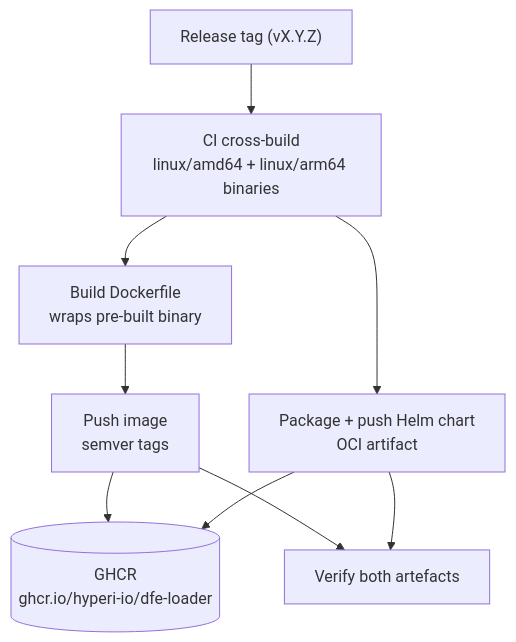
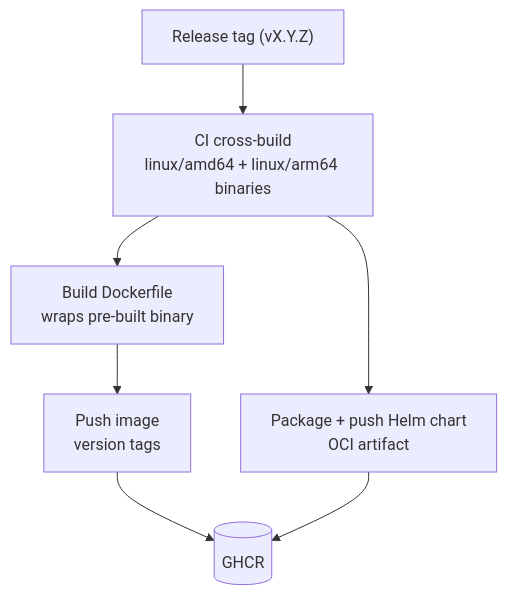
The diagram in docs/deployment/PUBLISHING.md (hyperi-io/dfe-loader), drawn with Mermaid before and after one commit. The commit also changed other lines of this file and 10 other files, not shown here.

````diff
--- a/docs/deployment/PUBLISHING.md
+++ b/docs/deployment/PUBLISHING.md
@@ -25,15 +22,12 @@
 ```mermaid
 flowchart TB
     REL["Release tag (vX.Y.Z)"]
     BIN["CI cross-build<br/>linux/amd64 + linux/arm64 binaries"]
     DOCK["Build Dockerfile<br/>wraps pre-built binary"]
-    PUSH["Push image<br/>semver tags"]
+    PUSH["Push image<br/>version tags"]
     HELM["Package + push Helm chart<br/>OCI artifact"]
-    VER["Verify both artefacts"]
-    REG[("GHCR<br/>ghcr.io/hyperi-io/dfe-loader")]
+    REG[("GHCR")]
 
     REL --> BIN --> DOCK --> PUSH --> REG
     BIN --> HELM --> REG
-    PUSH --> VER
-    HELM --> VER
 ```
````
